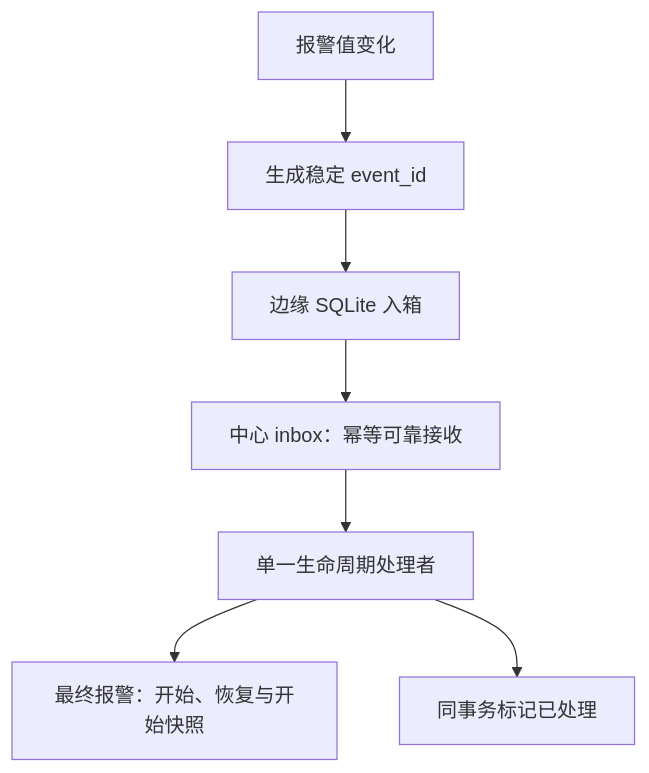
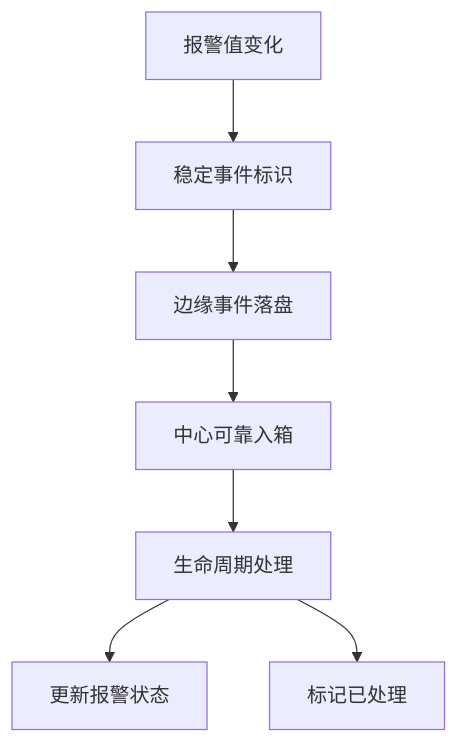
The diagram in docs/design-docs/11-报警事件详细设计.md (JNchen7/scada-harness-engineering), drawn with Mermaid before and after one commit. The commit also changed other lines of this file and 5 other files, not shown here.

Commit message:
docs: keep diagram labels compact and readable

````diff
--- a/docs/design-docs/11-报警事件详细设计.md
+++ b/docs/design-docs/11-报警事件详细设计.md
@@ -9,9 +9,9 @@
 ```mermaid
 flowchart TB
-    P["报警值变化"] --> E["生成稳定 event_id"]
-    E --> Q["边缘 SQLite 入箱"]
-    Q --> I["中心 inbox：幂等可靠接收"]
-    I --> S["单一生命周期处理者"]
-    S --> A["最终报警：开始、恢复与开始快照"]
-    S --> M["同事务标记已处理"]
+    P["报警值变化"] --> E["稳定事件标识"]
+    E --> Q["边缘事件落盘"]
+    Q --> I["中心可靠入箱"]
+    I --> S["生命周期处理"]
+    S --> A["更新报警状态"]
+    S --> M["标记已处理"]
 ```
````
